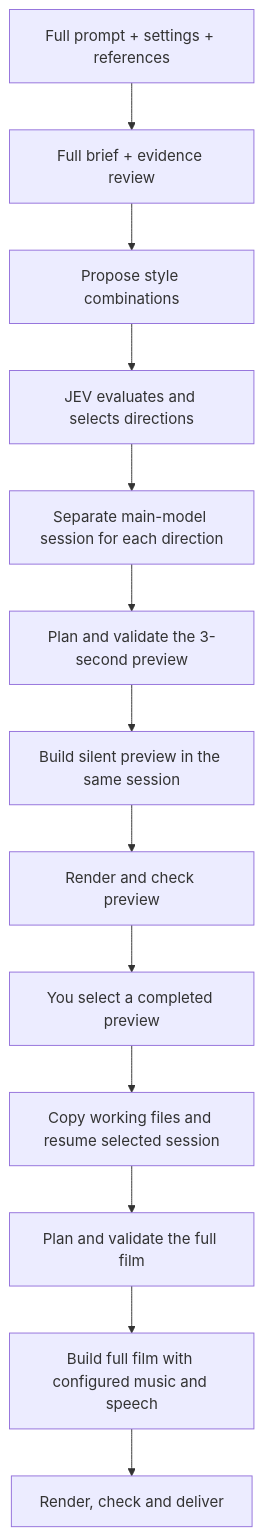
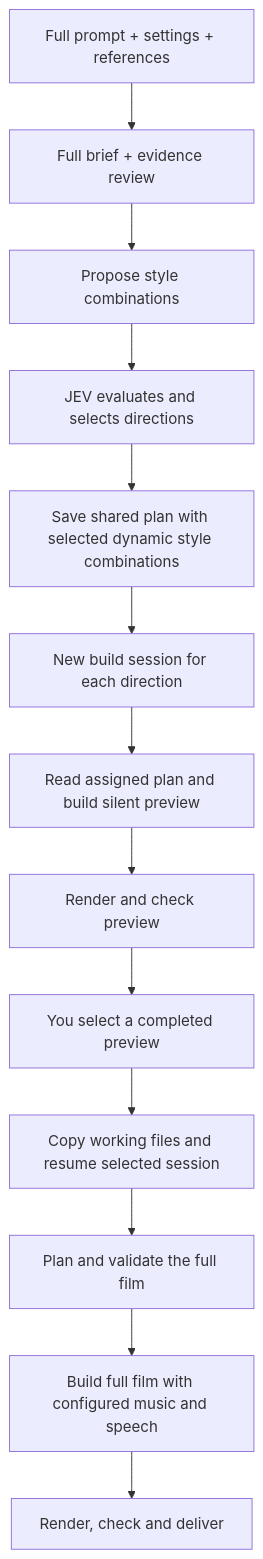
Before and after one commit to delexw/kiteva: the third of 13 diagrams in docs/architecture.md, drawn with Mermaid. The commit also changed other lines of this file and 155 other files, not shown here.

````diff
--- a/docs/architecture.md
+++ b/docs/architecture.md
@@ -168,15 +173,15 @@
 ```mermaid
 flowchart TD
   Input["Full prompt + settings + references"] --> Brief["Full brief + evidence review"]
   Brief --> Proposals["Propose style combinations"]
   Proposals --> JEV["JEV evaluates and selects directions"]
-  JEV --> Sessions["Separate main-model session for each direction"]
-  Sessions --> Plan["Plan and validate the 3-second preview"]
-  Plan --> Preview["Build silent preview in the same session"]
+  JEV --> Plan["Save shared plan with selected dynamic style combinations"]
+  Plan --> Sessions["New build session for each direction"]
+  Sessions --> Preview["Read assigned plan and build silent preview"]
   Preview --> QA["Render and check preview"]
   QA --> Select["You select a completed preview"]
   Select --> Resume["Copy working files and resume selected session"]
   Resume --> FullPlan["Plan and validate the full film"]
   FullPlan --> Full["Build full film with configured music and speech"]
   Full --> Output["Render, check and deliver"]
 ```
````
